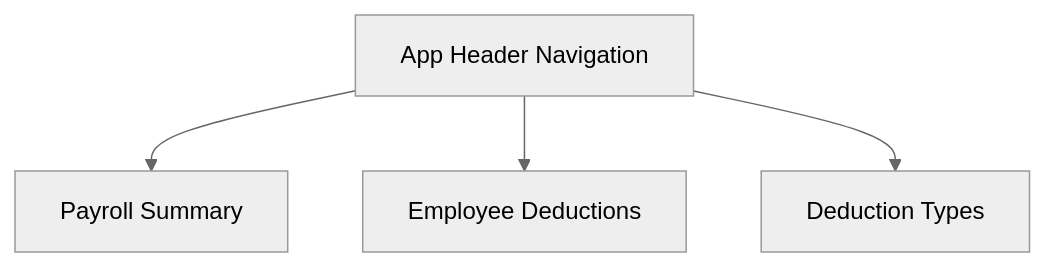
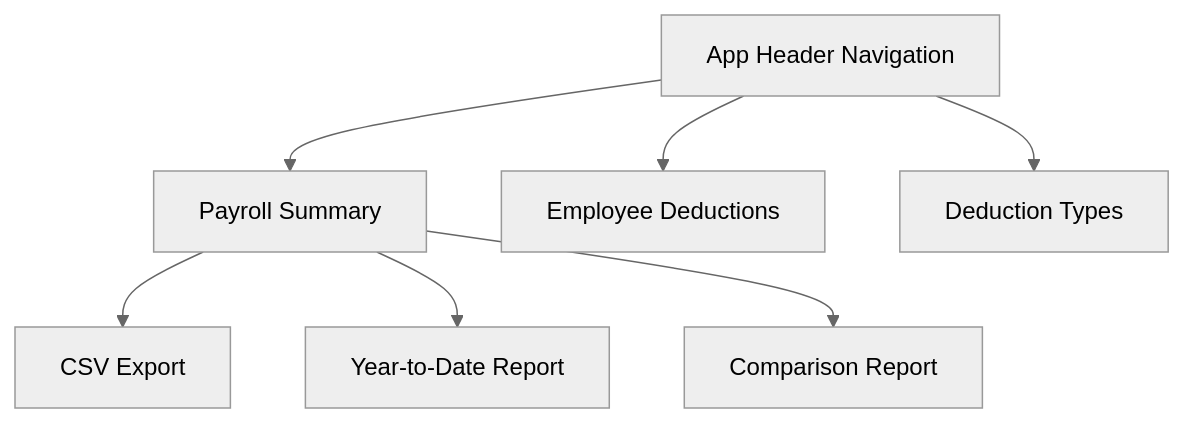
The seventh of 21 diagrams in .qoder/repowiki/en/content/Payroll System/Payroll Reports & Analytics.md (vincet0t15/template), drawn with Mermaid (neutral theme) before and after one commit. The commit also changed other lines of this file and 6 other files, not shown here.

````diff
--- a/.qoder/repowiki/en/content/Payroll System/Payroll Reports & Analytics.md
+++ b/.qoder/repowiki/en/content/Payroll System/Payroll Reports & Analytics.md
@@ -326,6 +421,9 @@
 ```mermaid
 flowchart TD
 Nav["App Header Navigation"] --> Payroll["Payroll Summary"]
 Nav --> EmpDed["Employee Deductions"]
 Nav --> DedTypes["Deduction Types"]
+Payroll --> Export["CSV Export"]
+Payroll --> YearToDate["Year-to-Date Report"]
+Payroll --> Comparison["Comparison Report"]
 ```
````
